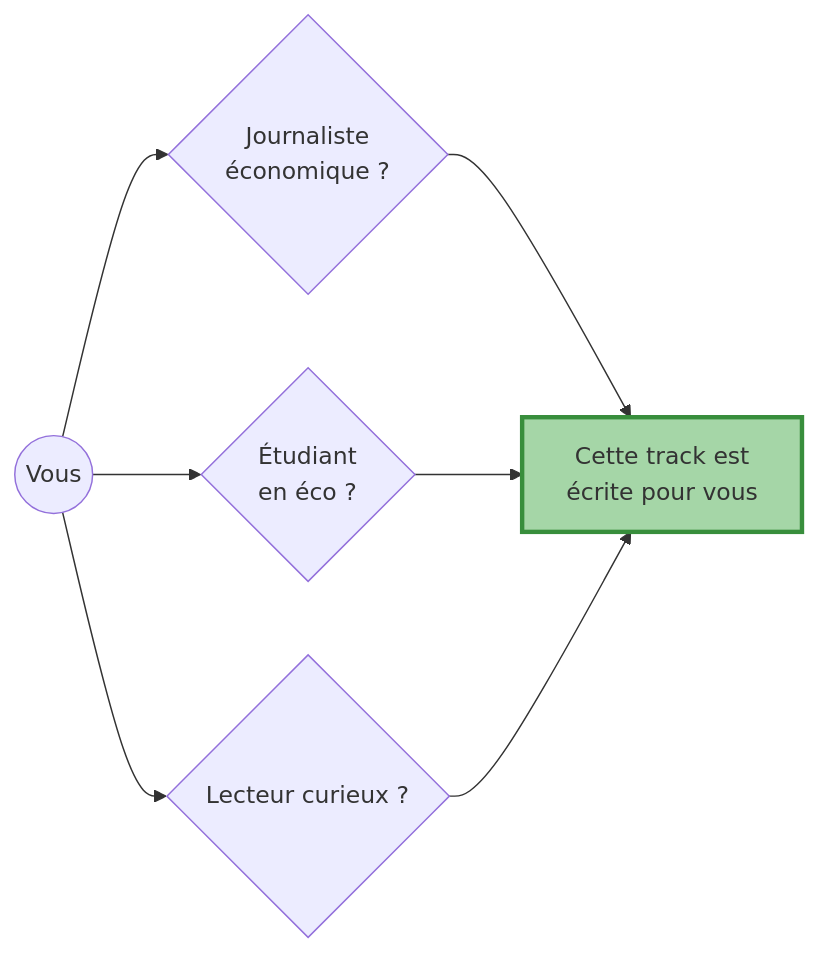
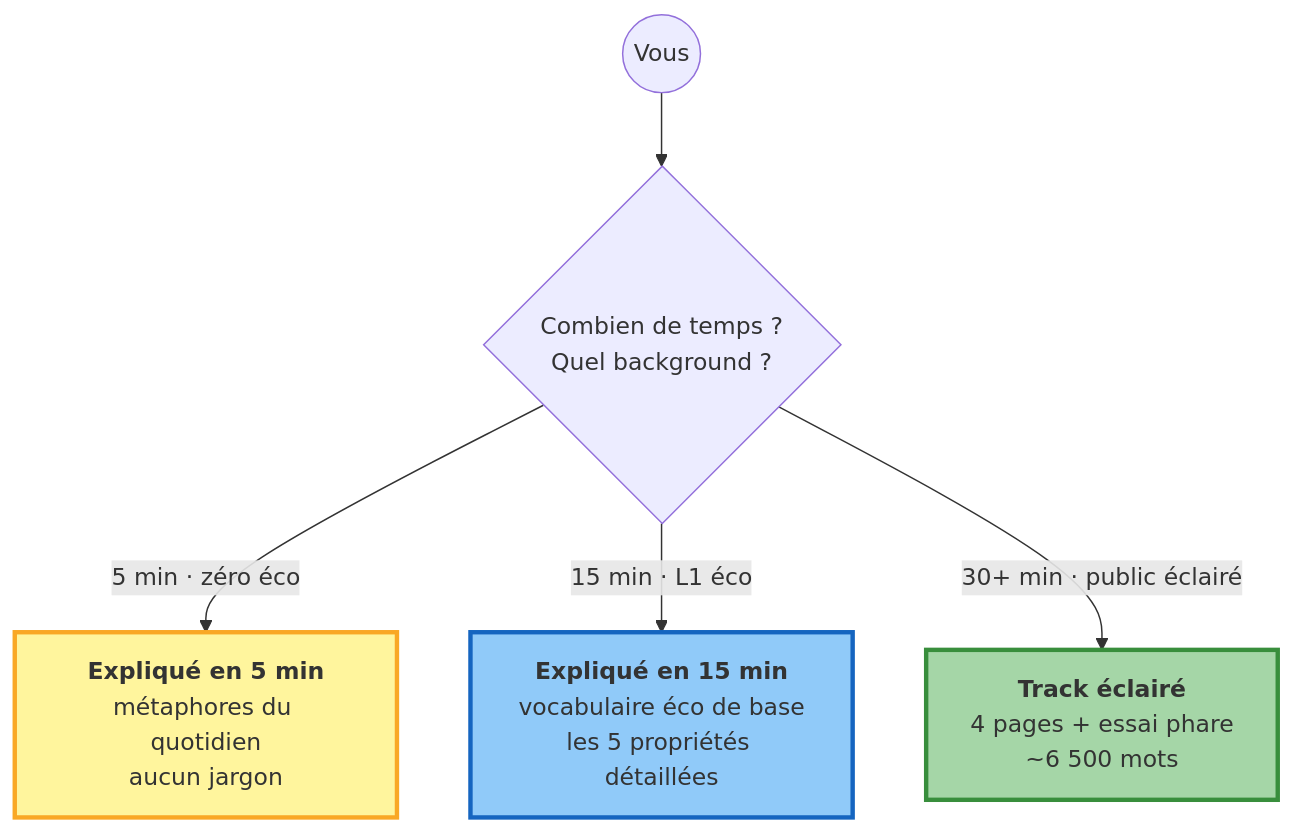
Before and after one commit to s-geffroy/EcoWave: the first of 2 diagrams in docs/tracks/public/index.md, drawn with Mermaid. The commit also changed other lines of this file and 11 other files, not shown here.

First line of the commit message:
feat(docs): pages "expliqué en 5/15 min" + spec API contract-first

````diff
--- a/docs/tracks/public/index.md
+++ b/docs/tracks/public/index.md
@@ -22,10 +17,10 @@
 ```mermaid
-flowchart LR
-    You((Vous)) --> Q1{Journaliste<br/>économique ?}
-    You --> Q2{Étudiant<br/>en éco ?}
-    You --> Q3{Lecteur curieux ?}
-    Q1 --> P[Cette track est<br/>écrite pour vous]
-    Q2 --> P
-    Q3 --> P
-    style P fill:#a5d6a7,stroke:#388e3c,stroke-width:3px
+flowchart TD
+    You((Vous)) --> Q1{Combien de temps ?<br/>Quel background ?}
+    Q1 -->|5 min · zéro éco| P1[<b>Expliqué en 5 min</b><br/>métaphores du quotidien<br/>aucun jargon]
+    Q1 -->|15 min · L1 éco| P2[<b>Expliqué en 15 min</b><br/>vocabulaire éco de base<br/>les 5 propriétés détaillées]
+    Q1 -->|30+ min · public éclairé| P3[<b>Track éclairé</b><br/>4 pages + essai phare<br/>~6 500 mots]
+    style P1 fill:#fff59d,stroke:#f9a825,stroke-width:3px
+    style P2 fill:#90caf9,stroke:#1565c0,stroke-width:3px
+    style P3 fill:#a5d6a7,stroke:#388e3c,stroke-width:3px
 ```
````
